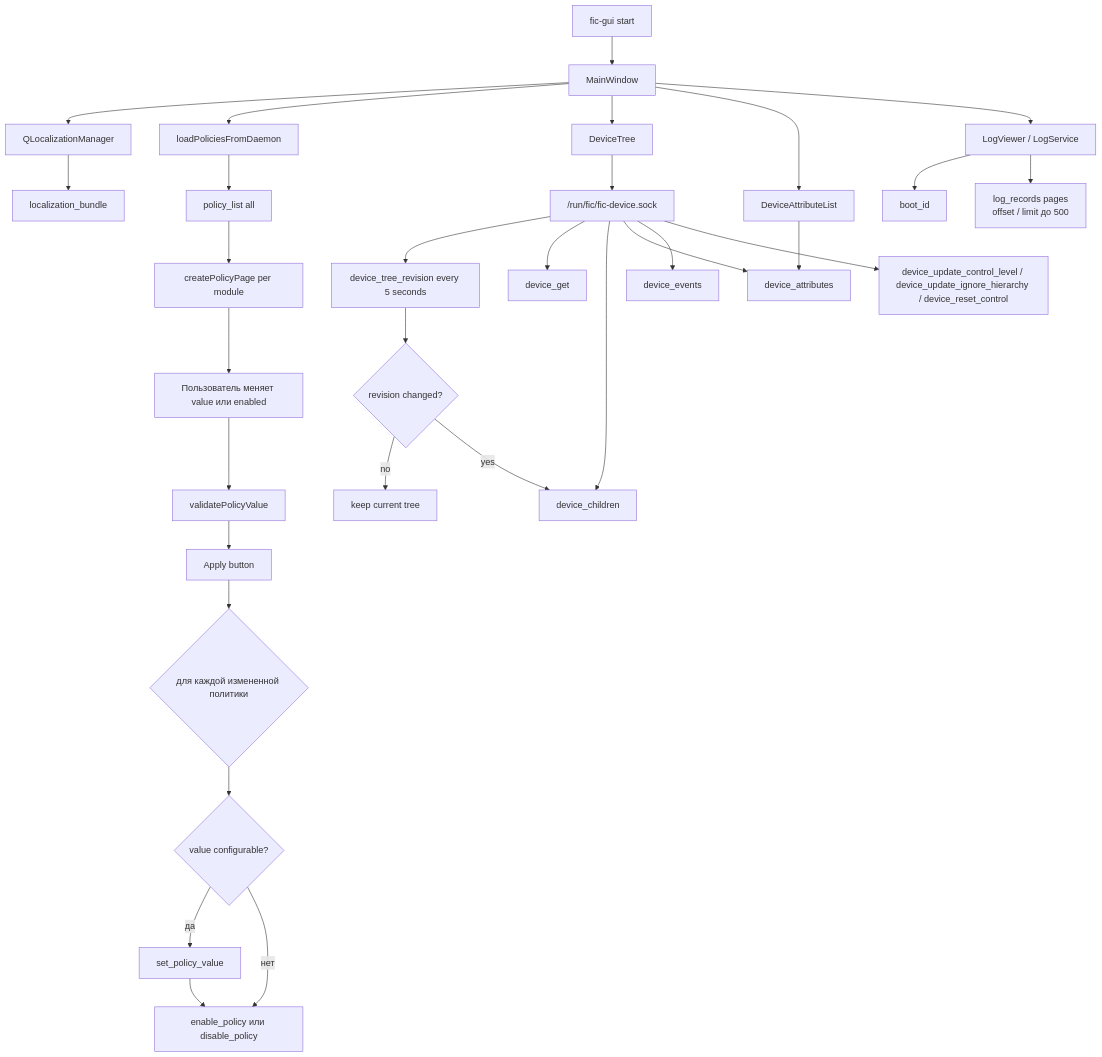
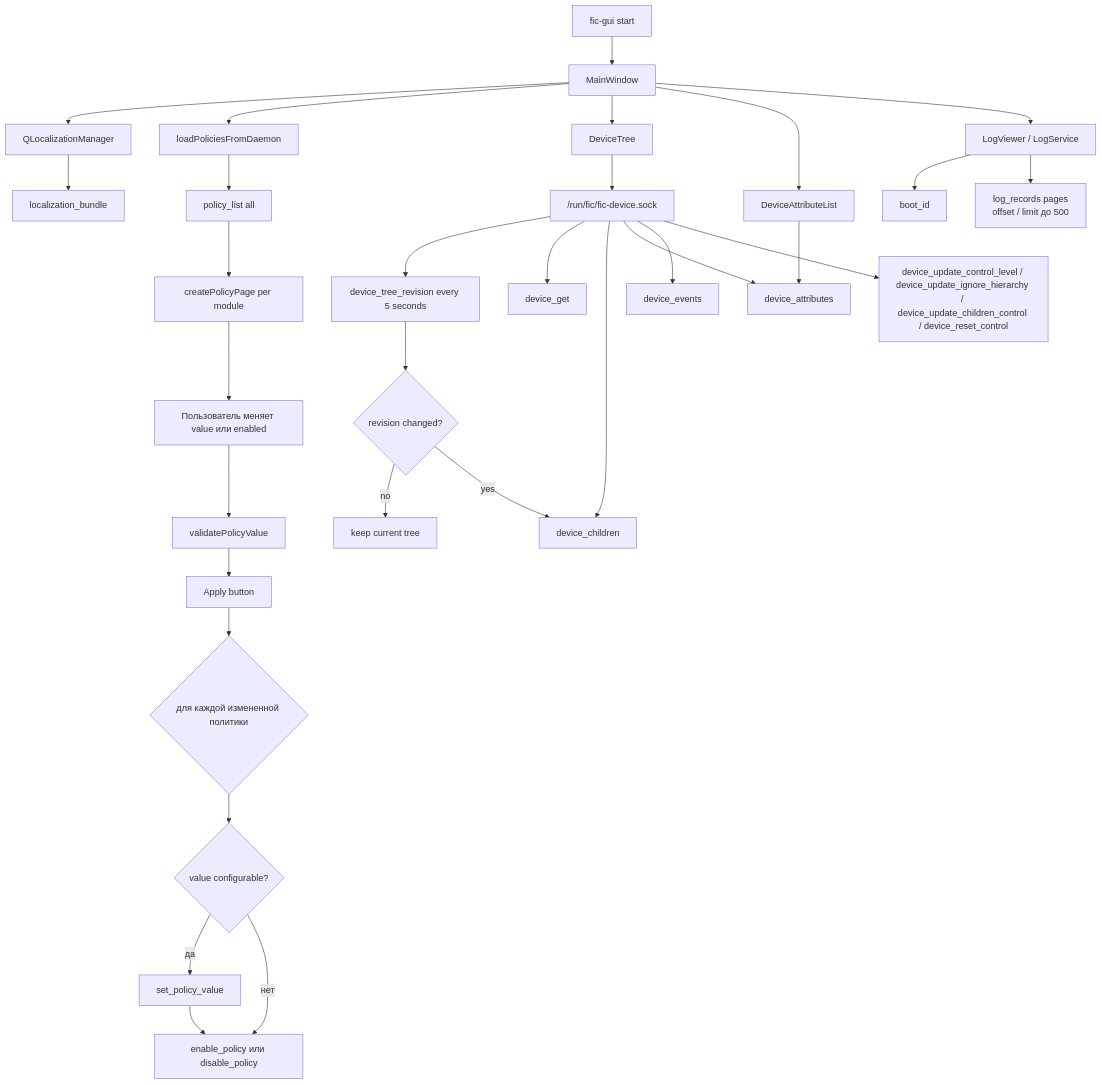
Before and after one commit to RevoltStar/FIC: diagram 16 of 19 in docs/architecture-diagrams.md, drawn with Mermaid. The commit also changed other lines of this file and 34 other files, not shown here.

````diff
--- a/docs/architecture-diagrams.md
+++ b/docs/architecture-diagrams.md
@@ -658,39 +672,39 @@
 ```mermaid
 flowchart TD
     start[fic-gui start] --> mainWindow[MainWindow]
     mainWindow --> localization[QLocalizationManager]
     localization --> ipcLoc[localization_bundle]
 
     mainWindow --> policyLoad[loadPoliciesFromDaemon]
     policyLoad --> ipcPolicies[policy_list all]
     ipcPolicies --> policyPages[createPolicyPage per module]
 
     policyPages --> edit[Пользователь меняет value или enabled]
     edit --> validateGui[validatePolicyValue]
     validateGui --> apply[Apply button]
     apply --> setLoop{для каждой измененной политики}
     setLoop --> setIfNeeded{value configurable?}
     setIfNeeded -->|да| setValue[set_policy_value]
     setIfNeeded -->|нет| state
     setValue --> state[enable_policy или disable_policy]
 
     mainWindow --> deviceTree[DeviceTree]
     deviceTree --> deviceSock["/run/fic/fic-device.sock"]
     deviceSock --> devRevision[device_tree_revision every 5 seconds]
     deviceSock --> devGet[device_get]
     deviceSock --> devChildren[device_children]
     deviceSock --> devAttrs[device_attributes]
     deviceSock --> devEvents[device_events]
-    deviceSock --> devControl[device_update_control_level / device_update_ignore_hierarchy / device_reset_control]
+    deviceSock --> devControl[device_update_control_level / device_update_ignore_hierarchy / device_update_children_control / device_reset_control]
 
     devRevision --> changed{revision changed?}
     changed -->|no| keepTree[keep current tree]
     changed -->|yes| devChildren
 
     mainWindow --> attrList[DeviceAttributeList]
     attrList --> devAttrs
 
     mainWindow --> logViewer[LogViewer / LogService]
     logViewer --> boot[boot_id]
     logViewer --> records[log_records pages<br/>offset / limit до 500]
 ```
````
